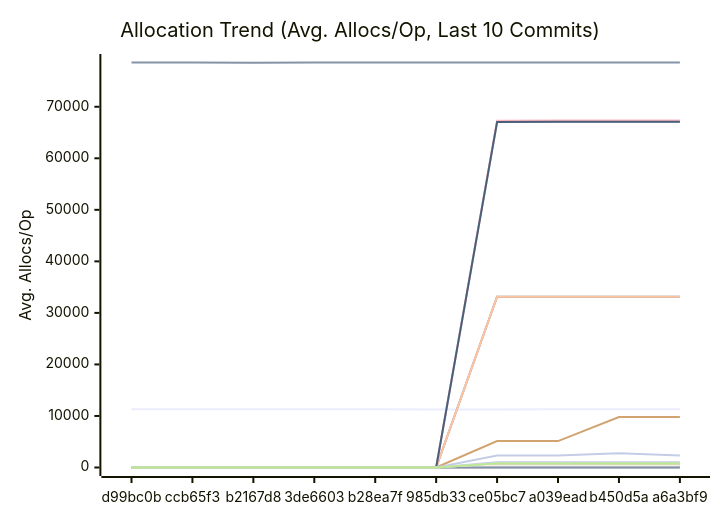
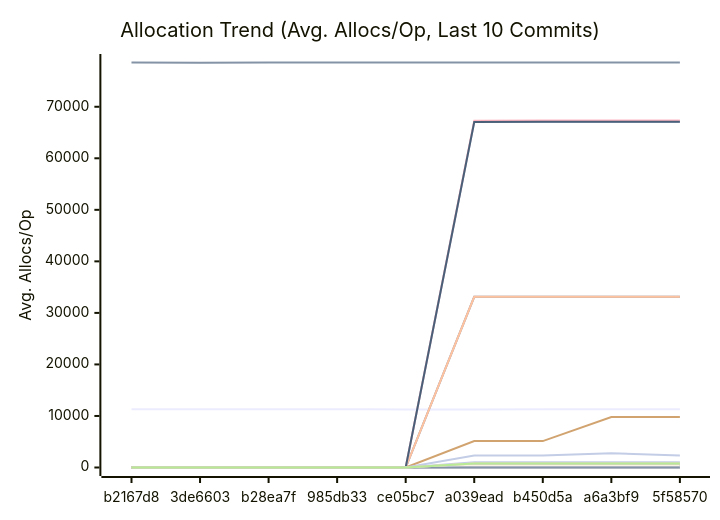
Before and after one commit to alsotoes/momo: the third of 3 diagrams in docs/PERFORMANCE.md, drawn with Mermaid. The commit also changed other lines of this file and 28 other files, not shown here.

````diff
--- a/docs/PERFORMANCE.md
+++ b/docs/PERFORMANCE.md
@@ -348,42 +348,42 @@
 ```mermaid
 xychart-beta
     title "Allocation Trend (Avg. Allocs/Op, Last 10 Commits)"
     x-axis "Commit"
     y-axis "Avg. Allocs/Op"
-    x-axis [d99bc0b,ccb65f3,b2167d8,3de6603,b28ea7f,985db33,ce05bc7,a039ead,b450d5a,a6a3bf9]
-    line "AWSChunkedReaderSigned" [11294,11296,11294,11282,11296,11273,11277,11286,11294,11299]
-    line "AWSChunkedReaderUnsigned" [78574,78587,78561,78563,78568,78577,78572,78577,78583,78586]
+    x-axis [b2167d8,3de6603,b28ea7f,985db33,ce05bc7,a039ead,b450d5a,a6a3bf9,5f58570]
+    line "AWSChunkedReaderSigned" [11296,11294,11282,11296,11273,11277,11286,11294,11299,11270]
+    line "AWSChunkedReaderUnsigned" [78587,78561,78563,78568,78577,78572,78577,78583,78586,78564]
     line "CheckMetricsAndSwap" [0,0,0,0,0,0,0,0,0,0]
     line "CrushOptimized" [0,0,0,0,0,0,0,0,0,0]
     line "CrushOriginal" [3,3,3,3,3,3,3,3,3,3]
-    line "FormatListObjectsV2XML_AppendFormat" [0,0,0,0,0,0,16,16,16,16]
-    line "FormatListObjectsV2XML_OldFormat" [0,0,0,0,0,0,1000,1000,1000,1000]
-    line "HashBytes/1MiB" [0,0,0,0,0,0,64,64,64,64]
-    line "HashBytes/256MiB" [0,0,0,0,0,0,64,64,64,64]
-    line "HashBytes/64MiB" [0,0,0,0,0,0,64,64,64,64]
-    line "HashFile/1MiB" [0,0,0,0,0,0,33128,33128,33128,33128]
-    line "HashFile/256MiB" [0,0,0,0,0,0,33128,33128,33128,33128]
-    line "HashFile/64MiB" [0,0,0,0,0,0,33128,33128,33128,33128]
+    line "FormatListObjectsV2XML_AppendFormat" [0,0,0,0,0,16,16,16,16,16]
+    line "FormatListObjectsV2XML_OldFormat" [0,0,0,0,0,1000,1000,1000,1000,1000]
+    line "HashBytes/1MiB" [0,0,0,0,0,64,64,64,64,64]
+    line "HashBytes/256MiB" [0,0,0,0,0,64,64,64,64,64]
+    line "HashBytes/64MiB" [0,0,0,0,0,64,64,64,64,64]
+    line "HashFile/1MiB" [0,0,0,0,0,33128,33128,33128,33128,33128]
+    line "HashFile/256MiB" [0,0,0,0,0,33128,33128,33128,33128,33128]
+    line "HashFile/64MiB" [0,0,0,0,0,33128,33128,33128,33128,33128]
     line "IndexDirectTracking" [0,0,0,0,0,0,0,0,0,0]
     line "IndexSearch" [0,0,0,0,0,0,0,0,0,0]
-    line "LoadGlobalConfig" [54,54,54,54,54,54,58,58,58,58]
-    line "LocalWrite/1MiB" [0,0,0,0,0,0,67030,67032,67032,67030]
-    line "LocalWrite/256MiB" [0,0,0,0,0,0,67292,67348,67326,67317]
-    line "LocalWrite/64MiB" [0,0,0,0,0,0,67046,67073,67085,67097]
+    line "LoadGlobalConfig" [54,54,54,54,54,58,58,58,58,58]
+    line "LocalWrite/1MiB" [0,0,0,0,0,67030,67032,67032,67030,67028]
+    line "LocalWrite/256MiB" [0,0,0,0,0,67292,67348,67326,67317,67268]
+    line "LocalWrite/64MiB" [0,0,0,0,0,67046,67073,67085,67097,67071]
     line "PadString" [1,1,1,1,1,1,1,1,1,1]
     line "ParseReplicationOrder_NoPrealloc" [6,6,6,6,6,5,5,5,5,5]
     line "ParseReplicationOrder_Prealloc" [2,2,2,2,2,1,1,1,1,1]
-    line "Placement" [0,0,0,0,0,0,6,6,6,6]
-    line "PlacementDomainSpread" [0,0,0,0,0,0,6,6,6,6]
-    line "ReadVerify/1MiB" [0,0,0,0,0,0,435,464,436,459]
-    line "ReadVerify/256MiB" [0,0,0,0,0,0,5120,5120,9808,9808]
-    line "ReadVerify/64MiB" [0,0,0,0,0,0,2307,2307,2776,2307]
-    line "S3PutSpool/1MiB" [0,0,0,0,0,0,447,447,447,447]
-    line "S3PutSpool/256MiB" [0,0,0,0,0,0,448,448,448,448]
-    line "S3PutSpool/64MiB" [0,0,0,0,0,0,448,448,448,448]
+    line "Placement" [0,0,0,0,0,6,6,6,6,6]
+    line "PlacementDomainSpread" [0,0,0,0,0,6,6,6,6,6]
+    line "ReadVerify/1MiB" [0,0,0,0,0,435,464,436,459,457]
+    line "ReadVerify/256MiB" [0,0,0,0,0,5120,5120,9808,9808,5120]
+    line "ReadVerify/64MiB" [0,0,0,0,0,2307,2307,2776,2307,2307]
+    line "S3PutSpool/1MiB" [0,0,0,0,0,447,447,447,447,447]
+    line "S3PutSpool/256MiB" [0,0,0,0,0,448,448,448,448,448]
+    line "S3PutSpool/64MiB" [0,0,0,0,0,448,448,448,448,448]
     line "SanitizeLog/Safe" [0,0,0,0,0,0,0,0,0,0]
     line "SanitizeLog/Unsafe" [1,1,1,1,1,1,1,1,1,1]
-    line "TrustedRead/1MiB" [0,0,0,0,0,0,800,800,800,800]
-    line "TrustedRead/256MiB" [0,0,0,0,0,0,800,800,800,800]
-    line "TrustedRead/64MiB" [0,0,0,0,0,0,800,800,800,800]
+    line "TrustedRead/1MiB" [0,0,0,0,0,800,800,800,800,825]
+    line "TrustedRead/256MiB" [0,0,0,0,0,800,800,800,800,800]
+    line "TrustedRead/64MiB" [0,0,0,0,0,800,800,800,800,800]
 ```
````
